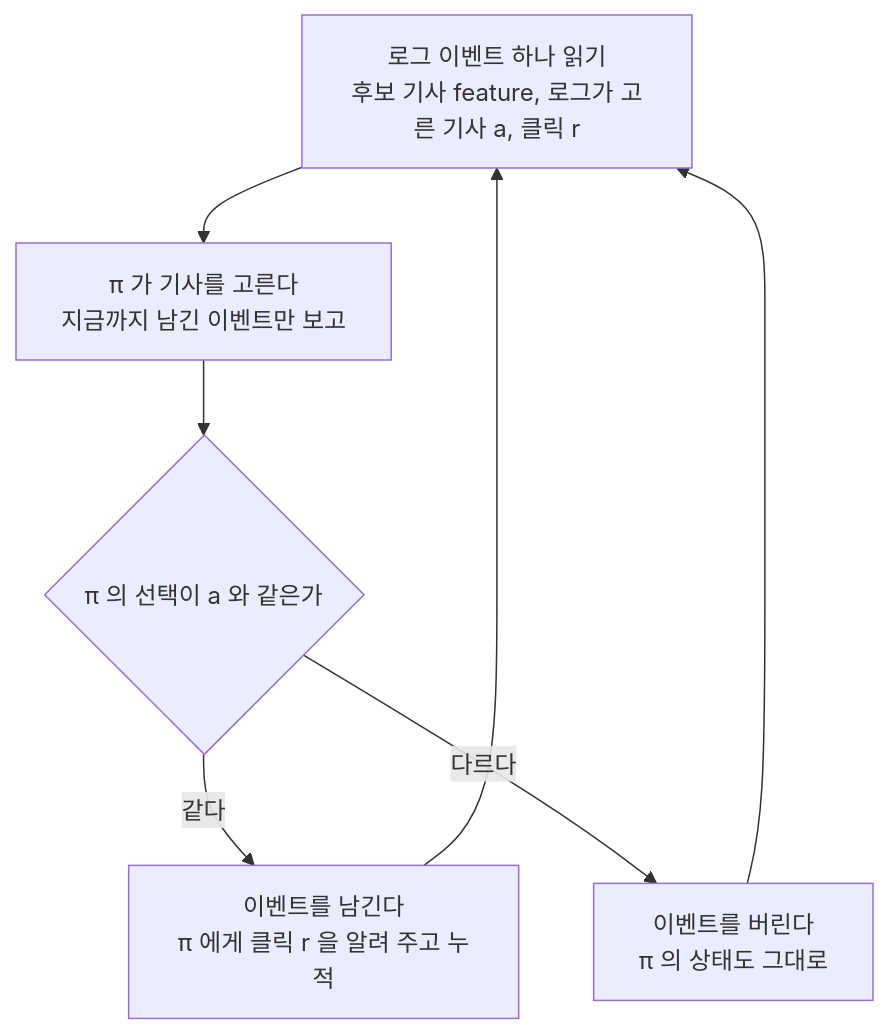
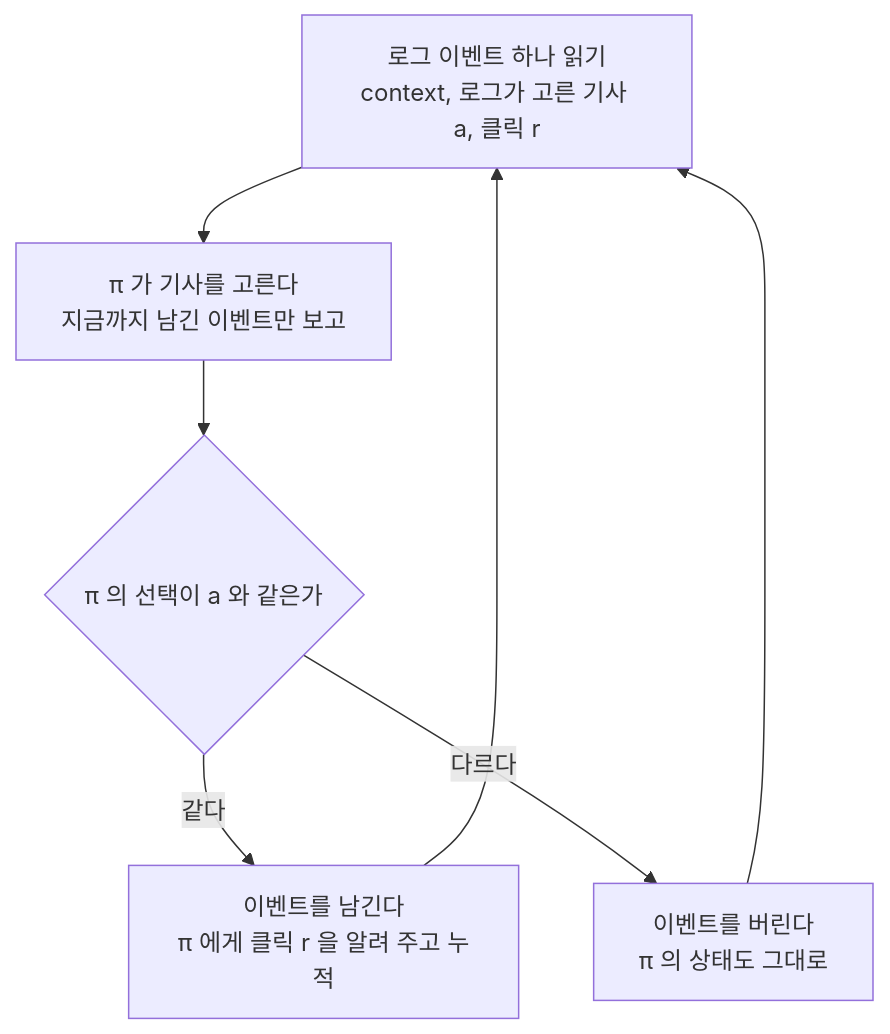
The third of 3 diagrams in content/papers/bandit/A Contextual-Bandit Approach to Personalized News Article Recommendation.md (zzong2006/zzong2006.github.io), drawn with Mermaid before and after one commit. The commit also changed other lines of this file, not shown here.

````diff
--- a/content/papers/bandit/A Contextual-Bandit Approach to Personalized News Article Recommendation.md
+++ b/content/papers/bandit/A Contextual-Bandit Approach to Personalized News Article Recommendation.md
@@ -223,9 +287,9 @@
 ```mermaid
 flowchart TD
-    E["로그 이벤트 하나 읽기<br/>후보 기사 feature, 로그가 고른 기사 a, 클릭 r"] --> P["π 가 기사를 고른다<br/>지금까지 남긴 이벤트만 보고"]
+    E["로그 이벤트 하나 읽기<br/>context, 로그가 고른 기사 a, 클릭 r"] --> P["π 가 기사를 고른다<br/>지금까지 남긴 이벤트만 보고"]
     P --> Q{"π 의 선택이 a 와 같은가"}
     Q -- "같다" --> K["이벤트를 남긴다<br/>π 에게 클릭 r 을 알려 주고 누적"]
     Q -- "다르다" --> S["이벤트를 버린다<br/>π 의 상태도 그대로"]
     K --> E
     S --> E
 ```
````
